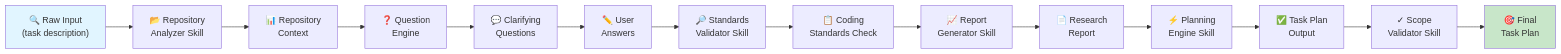
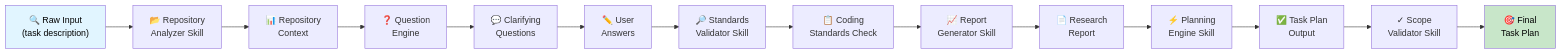
The second of 6 diagrams in .github/projects/active/portable-task-planning-agents-2026-08-12/CLARIFYING_QUESTIONS_AND_ANSWERS.md (lightspeedwp/.github), drawn with Mermaid before and after one commit. The commit also changed other lines of this file, not shown here.

First line of the commit message:
fix: Update PR template with required sections and fix Mermaid color contrast

````diff
--- a/.github/projects/active/portable-task-planning-agents-2026-08-12/CLARIFYING_QUESTIONS_AND_ANSWERS.md
+++ b/.github/projects/active/portable-task-planning-agents-2026-08-12/CLARIFYING_QUESTIONS_AND_ANSWERS.md
@@ -563,26 +563,26 @@
 ```mermaid
 graph LR
     A["🔍 Raw Input<br/>(task description)"] 
     --> B["📂 Repository<br/>Analyzer Skill"]
     
     B --> C["📊 Repository<br/>Context"]
     C --> D["❓ Question<br/>Engine"]
     
     D --> E["💬 Clarifying<br/>Questions"]
     E --> F["✏️ User<br/>Answers"]
     
     F --> G["🔎 Standards<br/>Validator Skill"]
     G --> H["📋 Coding<br/>Standards Check"]
     
     H --> I["📈 Report<br/>Generator Skill"]
     I --> J["📄 Research<br/>Report"]
     
     J --> K["⚡ Planning<br/>Engine Skill"]
     K --> L["✅ Task Plan<br/>Output"]
     
     L --> M["✓ Scope<br/>Validator Skill"]
     M --> N["🎯 Final<br/>Task Plan"]
     
-    style A fill:#e1f5ff
-    style N fill:#c8e6c9
+    style A fill:#e1f5ff,color:#000
+    style N fill:#c8e6c9,color:#000
 ```
````
